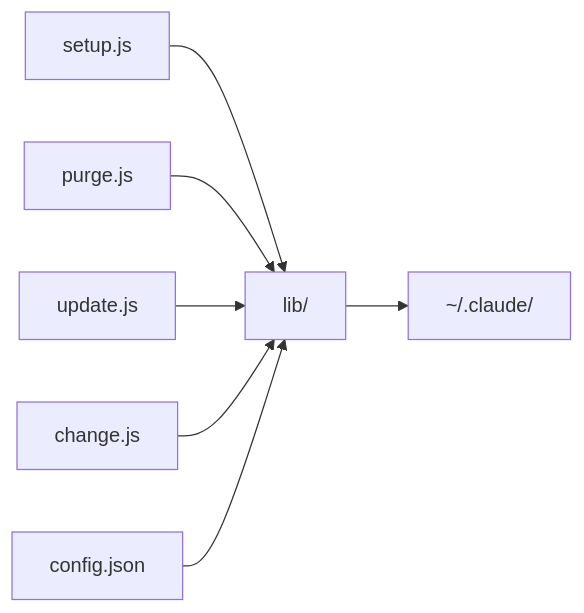
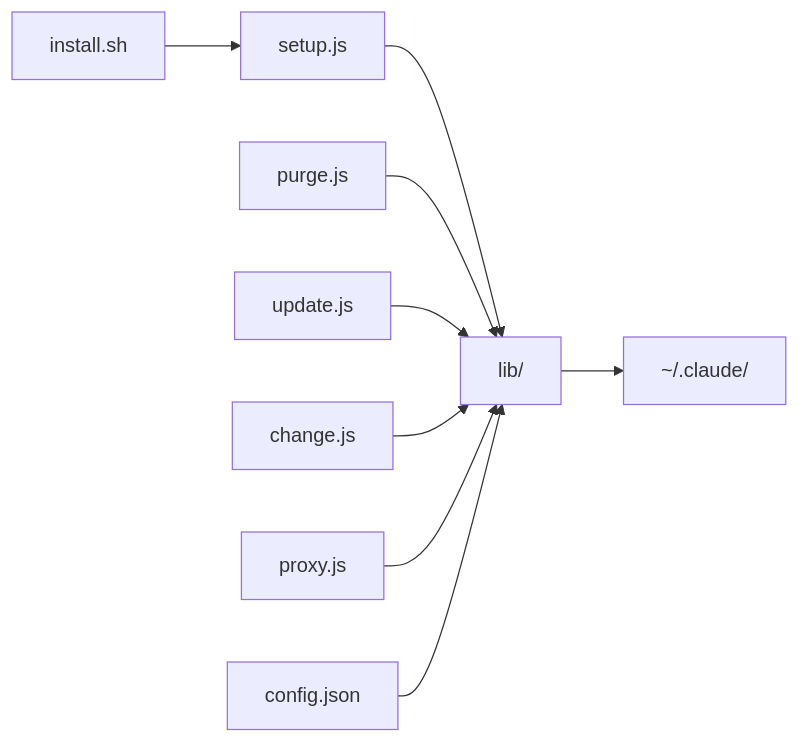
Before and after one commit to lamia482/claude-in-cursor: the diagram in README.md, drawn with Mermaid. The commit also changed other lines of this file, not shown here.

First line of the commit message:
Document install.sh as the recommended deployment entry.

````diff
--- a/README.md
+++ b/README.md
@@ -208,9 +240,11 @@
 ```mermaid
 flowchart LR
-  setup[setup.js] --> lib[lib/]
+  install[install.sh] --> setup[setup.js]
+  setup --> lib[lib/]
   purge[purge.js] --> lib
   update[update.js] --> lib
   change[change.js] --> lib
+  proxy[proxy.js] --> lib
   lib --> claudeDir["~/.claude/"]
   config[config.json] --> lib
 ```
````
